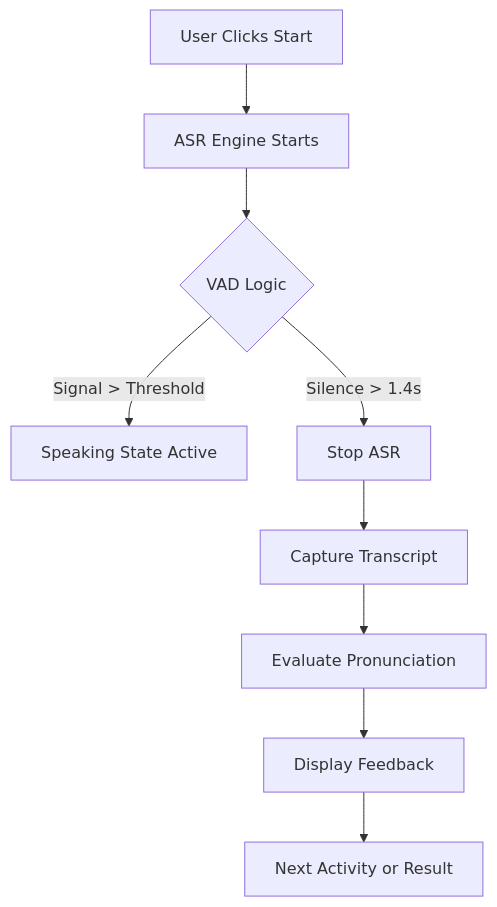
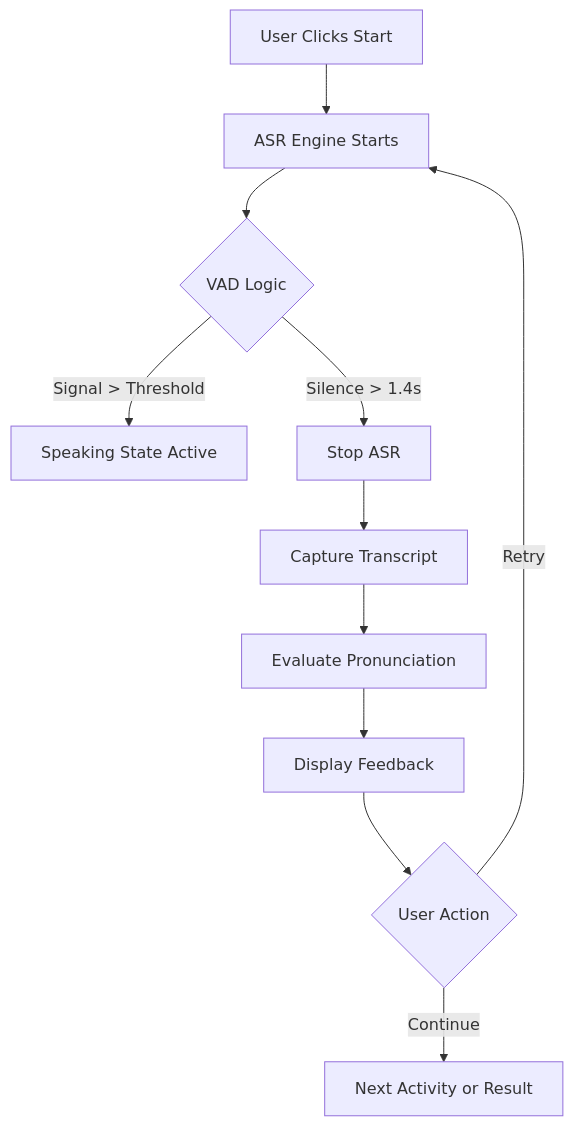
One commit to harshan-aiyappa/french-months-chakra changed the diagram in docs/TECHNICAL_FLOW.md. Above: the diagram before and after it, drawn with Mermaid. The commit also changed other lines of this file and 1 other file, not shown here.

Commit message:
docs: audit UI/UX and update technical flow for retry/theme

````diff
--- a/docs/TECHNICAL_FLOW.md
+++ b/docs/TECHNICAL_FLOW.md
@@ -29,11 +31,13 @@
 ```mermaid
 graph TD
     A[User Clicks Start] --> B[ASR Engine Starts]
     B --> C{VAD Logic}
     C -- "Signal > Threshold" --> D[Speaking State Active]
     C -- "Silence > 1.4s" --> E[Stop ASR]
     E --> F[Capture Transcript]
     F --> G[Evaluate Pronunciation]
     G --> H[Display Feedback]
-    H --> I[Next Activity or Result]
+    H --> I{User Action}
+    I -- "Retry" --> B
+    I -- "Continue" --> J[Next Activity or Result]
 ```
````
